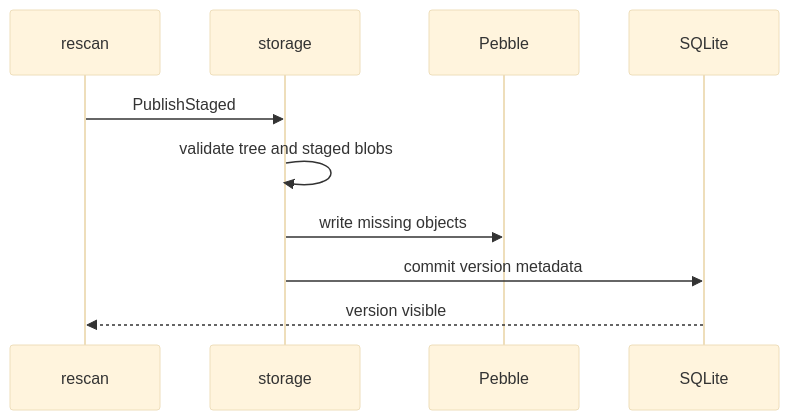
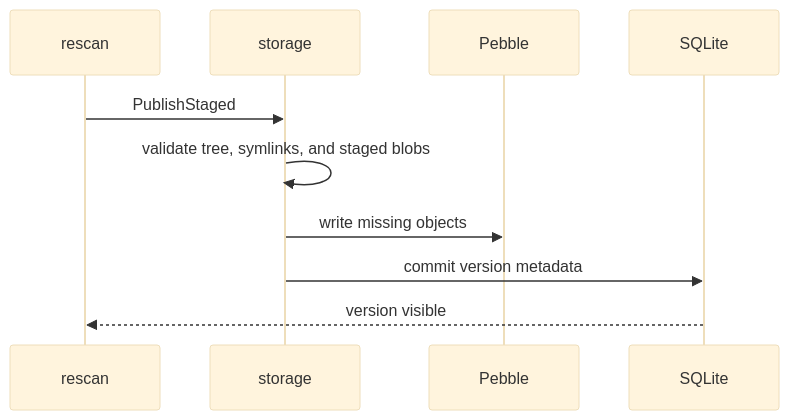
Before and after one commit to voluminor/yggvault: the second of 2 diagrams in mod/storage/README.md, drawn with Mermaid (base theme). The commit also changed other lines of this file and 333 other files, not shown here.

````diff
--- a/mod/storage/README.md
+++ b/mod/storage/README.md
@@ -31,12 +32,12 @@
 ```mermaid
 sequenceDiagram
   participant Rescan as rescan
   participant Store as storage
   participant Pebble as Pebble
   participant SQLite as SQLite
   Rescan->>Store: PublishStaged
-  Store->>Store: validate tree and staged blobs
+  Store ->> Store: validate tree, symlinks, and staged blobs
   Store->>Pebble: write missing objects
   Store->>SQLite: commit version metadata
   SQLite-->>Rescan: version visible
 ```
````
